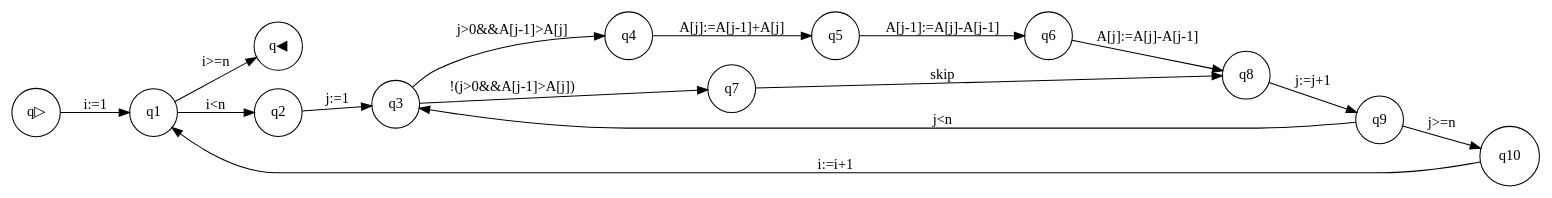
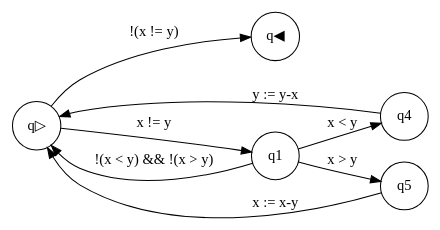
The diagram in graph.gv (Michenka6/formatMethods), drawn with Graphviz before and after one commit. The commit also changed 5 other files, not shown here.

```diff
--- a/graph.gv
+++ b/graph.gv
@@ -1,18 +1,11 @@
 digraph program_graph {rankdir=LR;
 node [shape = circle]; q▷;
 node [shape = circle]; q◀;
 node [shape = circle]
-q▷ -> q1 [label = "i:=1"];
-q1 -> q2 [label = "i<n"];
-q1 -> q◀ [label = "i>=n"];
-q2 -> q3 [label = "j:=1"];
-q3 -> q4 [label = "j>0&&A[j-1]>A[j]"];
-q3 -> q7 [label = "!(j>0&&A[j-1]>A[j])"];
-q7 -> q8 [label = "skip"];
-q4 -> q5 [label = "A[j]:=A[j-1]+A[j]"];
-q5 -> q6 [label = "A[j-1]:=A[j]-A[j-1]"];
-q6 -> q8 [label = "A[j]:=A[j]-A[j-1]"];
-q8 -> q9 [label = "j:=j+1"];
-q9 -> q3 [label = "j<n"];
-q9 -> q10 [label = "j>=n"];
-q10 -> q1 [label = "i:=i+1"];}
+q▷ -> q◀ [label = "!(x != y)"];
+q▷ -> q1 [label = "x != y"];
+q1 -> q▷ [label = "!(x < y) && !(x > y)"];
+q1 -> q4 [label = "x < y"];
+q4 -> q▷ [label = "y := y-x"];
+q1 -> q5 [label = "x > y"];
+q5 -> q▷ [label = "x := x-y"];}
```
